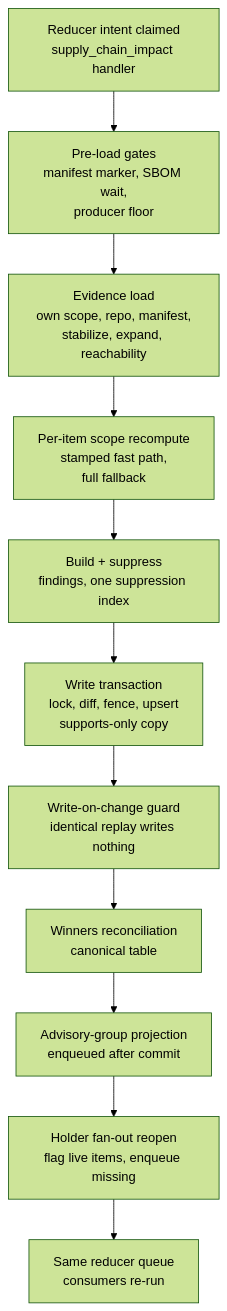
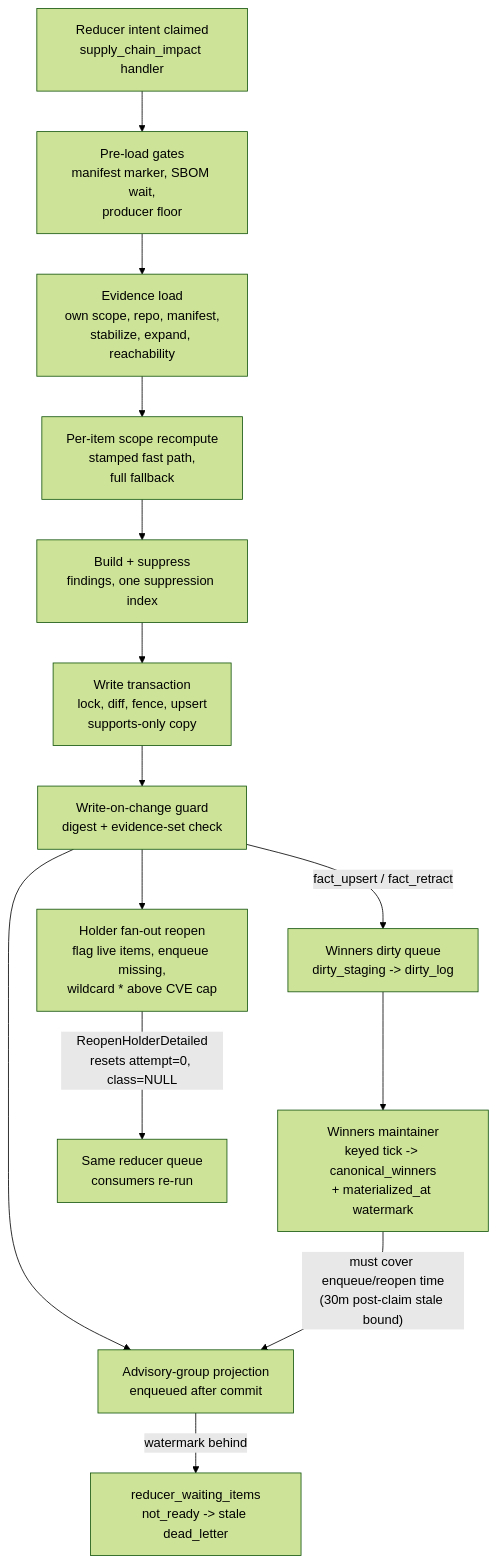
Before and after one commit to eshu-hq/eshu: the diagram in docs/public/concepts/flows/supply-chain-impact.md, drawn with Mermaid (forest theme). The commit also changed 3 other files, not shown here.

First line of the commit message:
docs(flows): document queue feedback loops and runbook checks (#11648)

````diff
--- a/docs/public/concepts/flows/supply-chain-impact.md
+++ b/docs/public/concepts/flows/supply-chain-impact.md
@@ -17,13 +17,16 @@
 ```mermaid
 flowchart TB
   Intent["Reducer intent claimed\nsupply_chain_impact handler"] --> Gates["Pre-load gates\nmanifest marker, SBOM wait,\nproducer floor"]
   Gates --> Load["Evidence load\nown scope, repo, manifest,\nstabilize, expand, reachability"]
   Load --> Scope["Per-item scope recompute\nstamped fast path,\nfull fallback"]
   Scope --> Build["Build + suppress\nfindings, one suppression index"]
   Build --> Tx["Write transaction\nlock, diff, fence, upsert\nsupports-only copy"]
-  Tx --> Guard["Write-on-change guard\nidentical replay writes nothing"]
-  Guard --> Win["Winners reconciliation\ncanonical table"]
-  Win --> Adv["Advisory-group projection\nenqueued after commit"]
-  Adv --> Fan["Holder fan-out reopen\nflag live items, enqueue missing"]
-  Fan --> RQ["Same reducer queue\nconsumers re-run"]
+  Tx --> Guard["Write-on-change guard\ndigest + evidence-set check"]
+  Guard -->|"fact_upsert / fact_retract"| Dirty["Winners dirty queue\ndirty_staging -> dirty_log"]
+  Dirty --> Win["Winners maintainer\nkeyed tick -> canonical_winners\n+ materialized_at watermark"]
+  Guard --> Adv["Advisory-group projection\nenqueued after commit"]
+  Win -->|"must cover enqueue/reopen time\n(30m post-claim stale bound)"| Adv
+  Adv -->|"watermark behind"| Wait["reducer_waiting_items\nnot_ready -> stale dead_letter"]
+  Guard --> Fan["Holder fan-out reopen\nflag live items, enqueue missing,\nwildcard * above CVE cap"]
+  Fan -->|"ReopenHolderDetailed\nresets attempt=0, class=NULL"| RQ["Same reducer queue\nconsumers re-run"]
 ```
````
